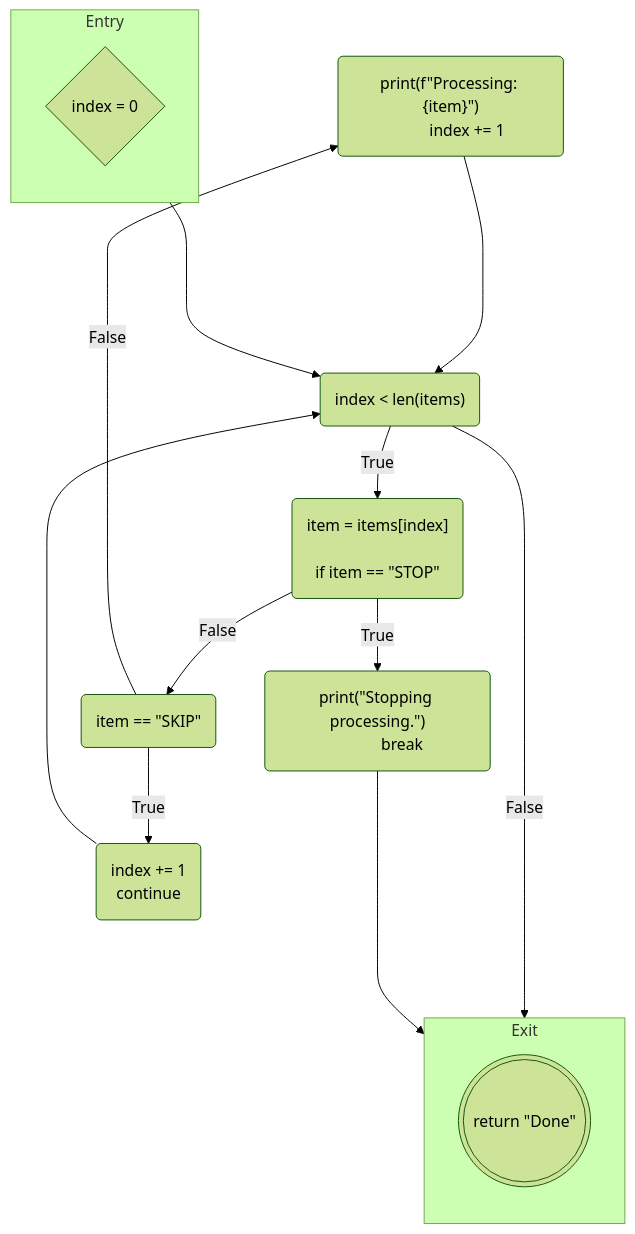
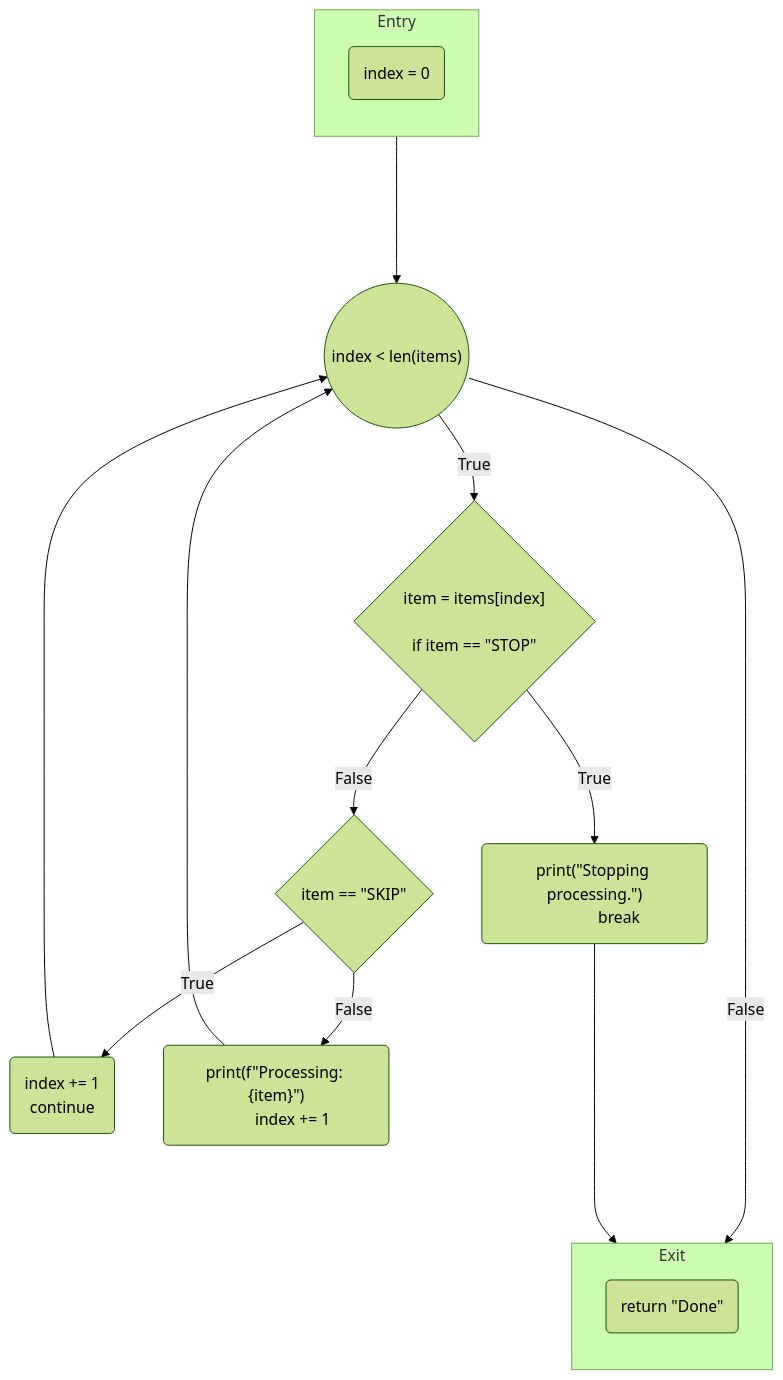
Before and after one commit to moosetechnology/moosetechnology.github.io: the first of 12 diagrams in src/content/docs/developers/fast-cfg.mdx, drawn with Mermaid (forest theme). The commit also changed other lines of this file and 1 other file, not shown here.

Commit message:
Update graphs to be more explicit

````diff
--- a/src/content/docs/developers/fast-cfg.mdx
+++ b/src/content/docs/developers/fast-cfg.mdx
@@ -50,33 +50,32 @@
 ```mermaid
 flowchart TD
 	subgraph Entry
 		direction TB
-		823041280
+		1
 	end
 
-
-subgraph Exit
+	subgraph Exit
 		direction TB
-		498546176
+		4
 	end
 
-
-823041280{"index = 0 "}
-	823041280 ----> 536387584
-	536387584("index < len(items) ")
-	536387584 -- True --> 915574016
-	536387584 -- False --> 498546176
-	915574016("item = items[index]<br/>        <br/>        if item == &quot;STOP&quot; ")
-	915574016 -- True --> 261902848
-	915574016 -- False --> 1007007488
-	261902848("print(&quot;Stopping processing.&quot;)<br/>            break ")
-	261902848 ----> 498546176
-	498546176((("return &quot;Done&quot; ")))
-	1007007488("item == &quot;SKIP&quot; ")
-	1007007488 -- True --> 459178752
-	1007007488 -- False --> 438291456
-	459178752("index += 1<br/>            continue ")
-	459178752 ----> 536387584
-	438291456("print(f&quot;Processing: {item}&quot;)<br/>        index += 1 ")
-	438291456 ----> 536387584
+	1("index = 0 ")
+	2(("index < len(items) "))
+	3{"item = items[index]<br/><br/>        if item == &quot;STOP&quot; "}
+	4("return &quot;Done&quot; ")
+	5("print(&quot;Stopping processing.&quot;)<br/>            break ")
+	6{"item == &quot;SKIP&quot; "}
+	7("index += 1<br/>            continue ")
+	8("print(f&quot;Processing: {item}&quot;)<br/>        index += 1 ")
+	1 ----> 2
+	2 -- True --> 3
+	2 -- False --> 4
+	3 -- True --> 5
+	3 -- False --> 6
+	5 ----> 4
+	6 -- True --> 7
+	6 -- False --> 8
+	7 ----> 2
+	8 ----> 2
+	
 ```
````
